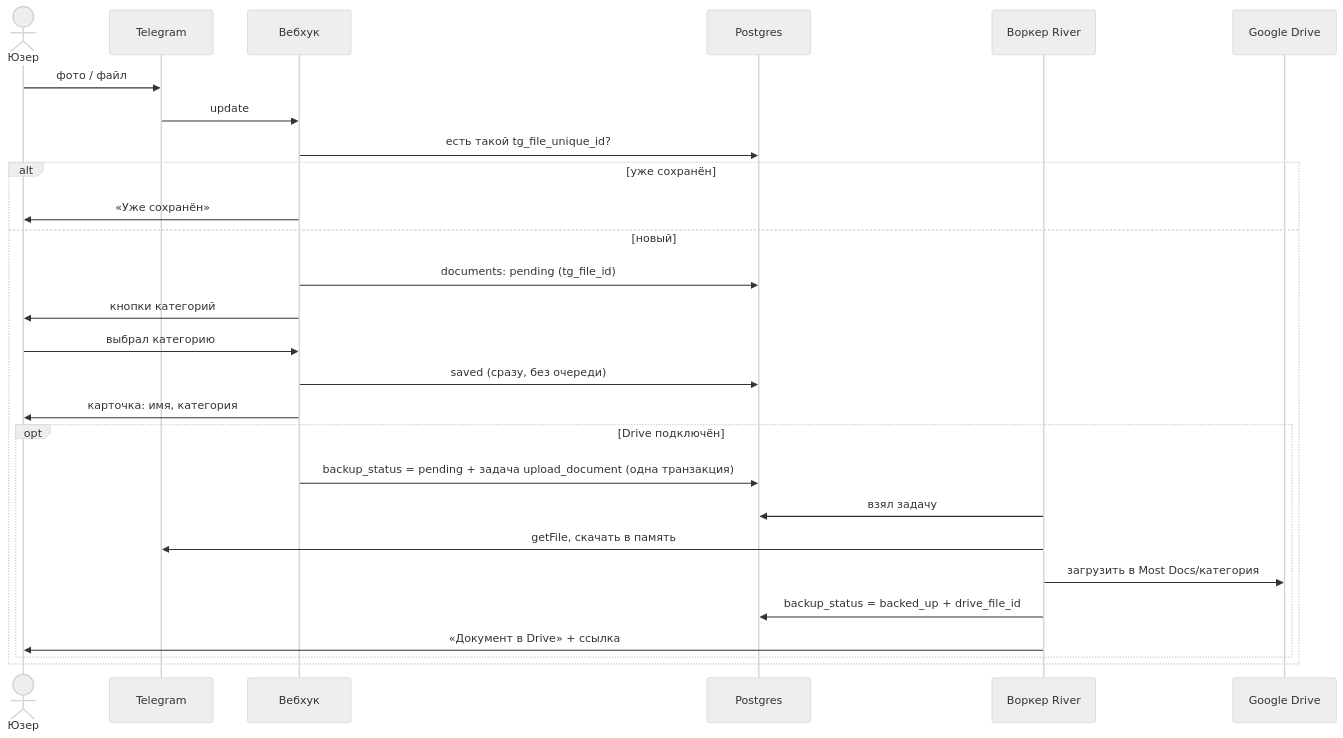
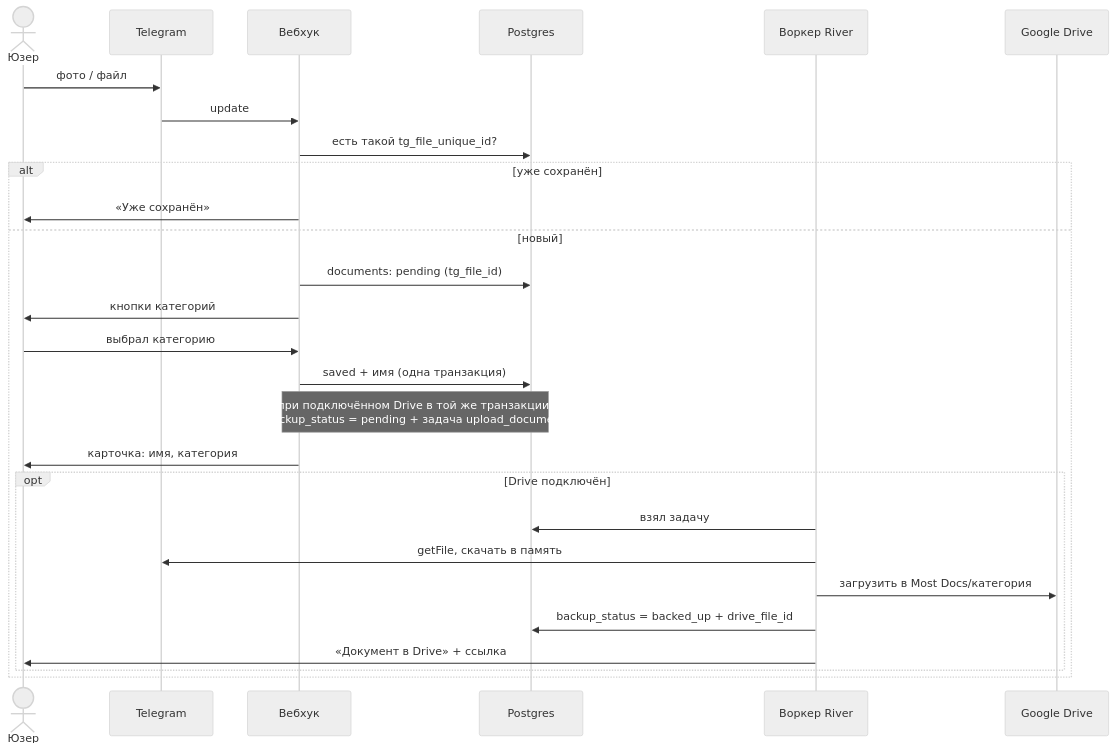
One commit to alexe0110/most-app changed the third of 3 diagrams in docs/architecture.md. Above: the diagram before and after it, drawn with Mermaid (neutral theme). The commit also changed other lines of this file and 1 other file, not shown here.

````diff
--- a/docs/architecture.md
+++ b/docs/architecture.md
@@ -81,30 +81,30 @@
 ```mermaid
 sequenceDiagram
     actor U as Юзер
     participant T as Telegram
     participant W as Вебхук
     participant DB as Postgres
     participant K as Воркер River
     participant D as Google Drive
 
     U->>T: фото / файл
     T->>W: update
     W->>DB: есть такой tg_file_unique_id?
     alt уже сохранён
         W->>U: «Уже сохранён»
     else новый
         W->>DB: documents: pending (tg_file_id)
         W->>U: кнопки категорий
         U->>W: выбрал категорию
-        W->>DB: saved (сразу, без очереди)
+        W->>DB: saved + имя (одна транзакция)
+        Note over W,DB: при подключённом Drive в той же транзакции:<br/>backup_status = pending + задача upload_document
         W->>U: карточка: имя, категория
         opt Drive подключён
-            W->>DB: backup_status = pending + задача upload_document (одна транзакция)
             K->>DB: взял задачу
             K->>T: getFile, скачать в память
             K->>D: загрузить в Most Docs/категория
             K->>DB: backup_status = backed_up + drive_file_id
             K->>U: «Документ в Drive» + ссылка
         end
     end
 ```
````
